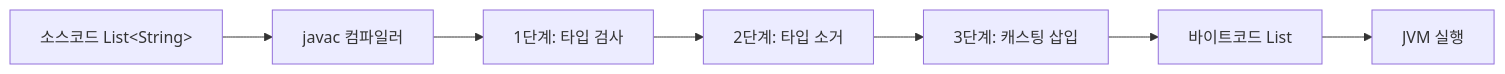
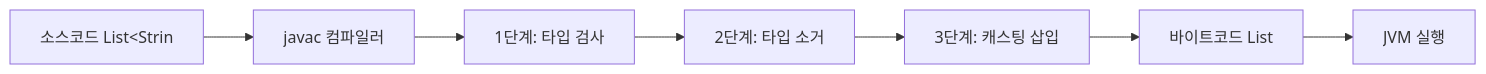
One commit to yjkim2015/yjkim2015.github.io changed the first of 2 diagrams in _posts/java/2026-05-01-java-generics.md. Above: the diagram before and after it, drawn with Mermaid. The commit also changed other lines of this file and 245 other files, not shown here.

First line of the commit message:
Mermaid 다이어그램 전면 수정 + 면접 포인트 접기/펼치기 + DB 데드락 페이지

````diff
--- a/_posts/java/2026-05-01-java-generics.md
+++ b/_posts/java/2026-05-01-java-generics.md
@@ -65,9 +65,9 @@
 ```mermaid
 graph LR
-    SRC["소스코드 List&lt;String&gt;"] --> JAVAC["javac 컴파일러"]
+    SRC["소스코드 List&lt;Strin"] --> JAVAC["javac 컴파일러"]
     JAVAC --> CHECK["1단계: 타입 검사"]
     CHECK --> ERASE["2단계: 타입 소거"]
     ERASE --> CAST["3단계: 캐스팅 삽입"]
     CAST --> BC["바이트코드 List"]
     BC --> JVM["JVM 실행"]
 ```
````
